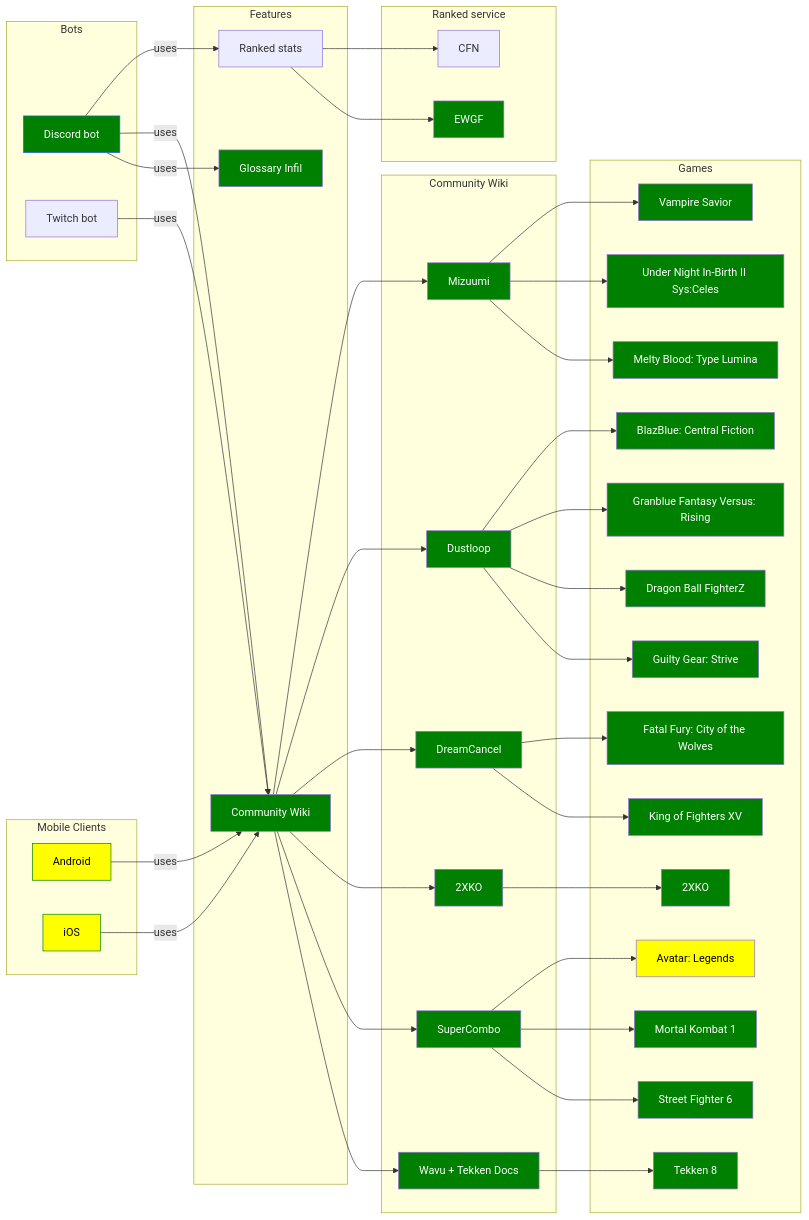
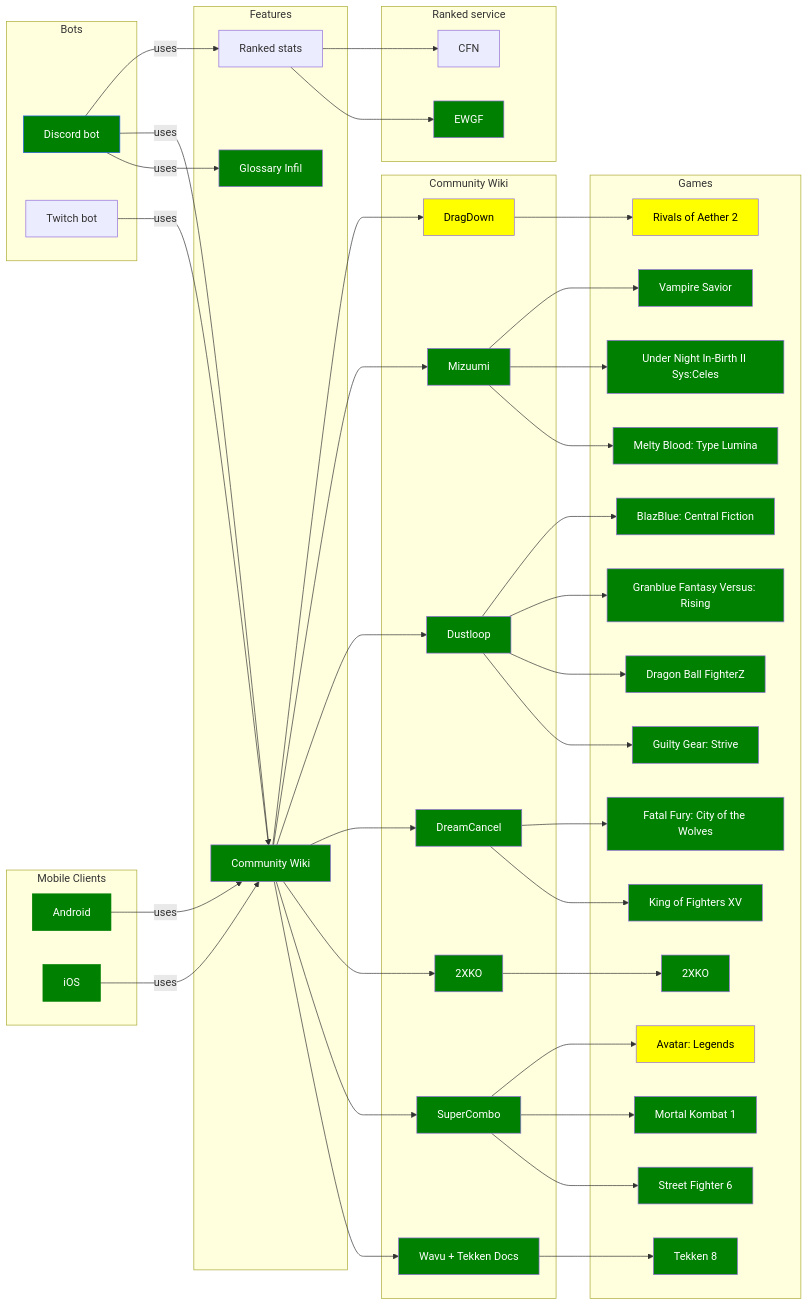
One commit to Sophon/FightingNerd changed the diagram in mermaid/modules.mmd. Above: the diagram before and after it, drawn with Mermaid. The commit also changed 1 other file, not shown here.

Commit message:
docs (mermaid): modules update

```diff
--- a/mermaid/modules.mmd
+++ b/mermaid/modules.mmd
@@ -1,112 +1,118 @@
 graph LR
     classDef green fill:green,color:#000
     classDef grey fill:lightgrey,color:#000
     classDef yellow fill:#FFEB3B,color:#000
 
     subgraph Bots
         discordBot[Discord bot]
         twitchBot[Twitch bot]
     end
 
     subgraph "Mobile Clients"
         android[Android]
         iOS[iOS]
     end
 
     subgraph Features
         glossaryInfil[Glossary Infil]
         communityWiki[Community Wiki]
         elo[Ranked stats]
     end
 
     subgraph Community Wiki
         wikiWavu[Wavu + Tekken Docs]
         supercombo[SuperCombo]
         2xko[2XKO]
         dustloop[Dustloop]
         dreamcancel[DreamCancel]
         mizuumi[Mizuumi]
+        dragdown[DragDown]
     end
 
     subgraph Games
         t8[Tekken 8]
         sf6[Street Fighter 6]
         mk1[Mortal Kombat 1]
         ggst[Guilty Gear: Strive]
         dbfz[Dragon Ball FighterZ]
         gbvsr[Granblue Fantasy Versus: Rising]
         kof15[King of Fighters XV]
         cotw[Fatal Fury: City of the Wolves]
         xko[2XKO]
         melty[Melty Blood: Type Lumina]
         bbcf[BlazBlue: Central Fiction]
         uni2[Under Night In-Birth II Sys:Celes]
         vsav[Vampire Savior]
         avl[Avatar: Legends]
+        roa[Rivals of Aether 2]
     end
 
     subgraph Ranked service
         ewgf[EWGF]
         cfn[CFN]
     end
 
     android -->|uses| communityWiki
     iOS -->|uses| communityWiki
 
     discordBot -->|uses| glossaryInfil
     discordBot -->|uses| communityWiki
     discordBot -->|uses| elo
     twitchBot -->|uses| communityWiki
 
     communityWiki --> wikiWavu
     communityWiki --> supercombo
     communityWiki --> 2xko
     communityWiki --> dreamcancel
     communityWiki --> dustloop
     communityWiki --> mizuumi
+    communityWiki --> dragdown
 
     elo --> ewgf
     elo --> cfn
 
     wikiWavu --> t8
     supercombo --> sf6
     supercombo --> mk1
     supercombo --> avl
     dustloop --> ggst
     dustloop --> dbfz
     dustloop --> gbvsr
     dustloop --> bbcf
     2xko --> xko
     dreamcancel --> kof15
     dreamcancel --> cotw
     mizuumi --> melty
     mizuumi --> uni2
     mizuumi --> vsav
+    dragdown --> roa
 
 
     style discordBot fill:green,stroke:#2563EB, color:#fff
-    style android fill:yellow,stroke:green, color:#000
-    style iOS fill:yellow,stroke:green, color:#000
+    style android fill:green,stroke:green, color:#fff
+    style iOS fill:green,stroke:green, color:#fff
     style glossaryInfil fill:green, color:#fff
     style communityWiki fill:green, color:#fff
     style wikiWavu fill:green, color:#fff
     style supercombo fill:green, color:#fff
     style dreamcancel fill:green, color:#fff
     style dustloop fill:green, color:#fff
     style mizuumi fill:green, color:#fff
+    style dragdown fill:yellow, color:#000
     style 2xko fill:green, color:#fff
     style t8 fill:green, color:#fff
     style sf6 fill:green, color:#fff
     style xko fill:green, color:#fff
     style kof15 fill:green, color:#fff
     style cotw fill:green, color:#fff
     style ggst fill:green, color:#fff
     style mk1 fill:green, color:#fff
     style dbfz fill:green, color:#fff
     style gbvsr fill:green, color:#fff
     style melty fill:green, color:#fff
     style bbcf fill:green, color:#fff
     style uni2 fill:green, color:#fff
     style vsav fill:green, color:#fff
     style ewgf fill:green, color:#fff
     style avl fill:yellow, color:#000
+    style roa fill:yellow, color:#000
```
